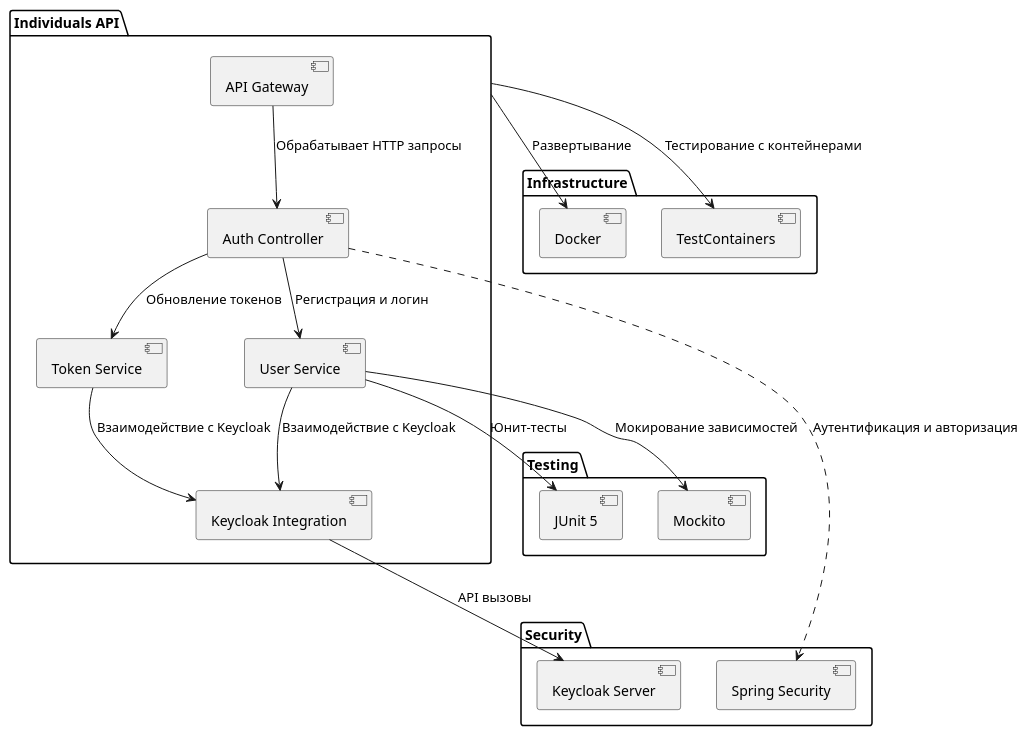
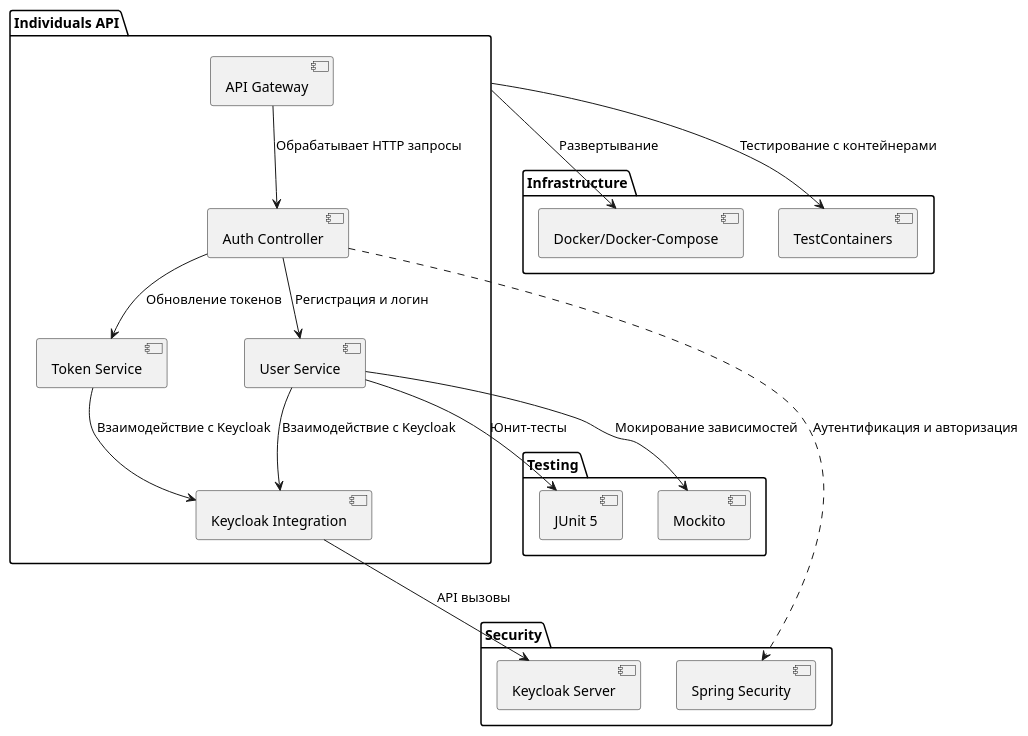
The diagram in docs/architecture/individuals-api-comp.puml (MelnykVL/fin-tech-app), drawn with PlantUML before and after one commit.

Commit message:
Added docker-compose to component diagram

```diff
--- a/docs/architecture/individuals-api-comp.puml
+++ b/docs/architecture/individuals-api-comp.puml
@@ -1,35 +1,35 @@
 @startuml
 package "Individuals API" {
     [API Gateway]
     [Auth Controller]
     [User Service]
     [Token Service]
     [Keycloak Integration]
 }
 package "Security" {
     [Spring Security]
     [Keycloak Server]
 }
 package "Infrastructure" {
-    [Docker]
+    [Docker/Docker-Compose]
     [TestContainers]
 }
 package "Testing" {
     [JUnit 5]
     [Mockito]
 }
 
 [API Gateway] --> [Auth Controller] : Обрабатывает HTTP запросы
 [Auth Controller] --> [User Service] : Регистрация и логин
 [Auth Controller] --> [Token Service] : Обновление токенов
 [User Service] --> [Keycloak Integration] : Взаимодействие с Keycloak
 [Token Service] --> [Keycloak Integration] : Взаимодействие с Keycloak
 [Keycloak Integration] --> [Keycloak Server] : API вызовы
 
 [Auth Controller] ..> [Spring Security] : Аутентификация и авторизация
 
-[Individuals API] --> [Docker] : Развертывание
+[Individuals API] --> [Docker/Docker-Compose] : Развертывание
 [Individuals API] --> [TestContainers] : Тестирование с контейнерами
 [User Service] --> [JUnit 5] : Юнит-тесты
 [User Service] --> [Mockito] : Мокирование зависимостей
 @enduml
```
